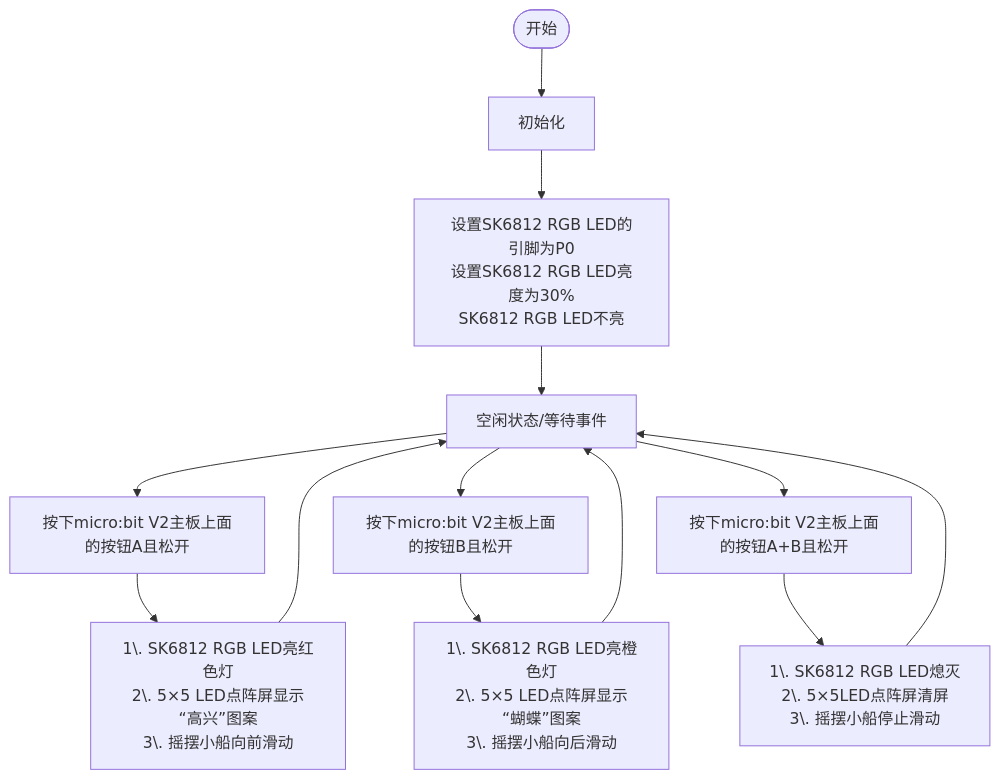
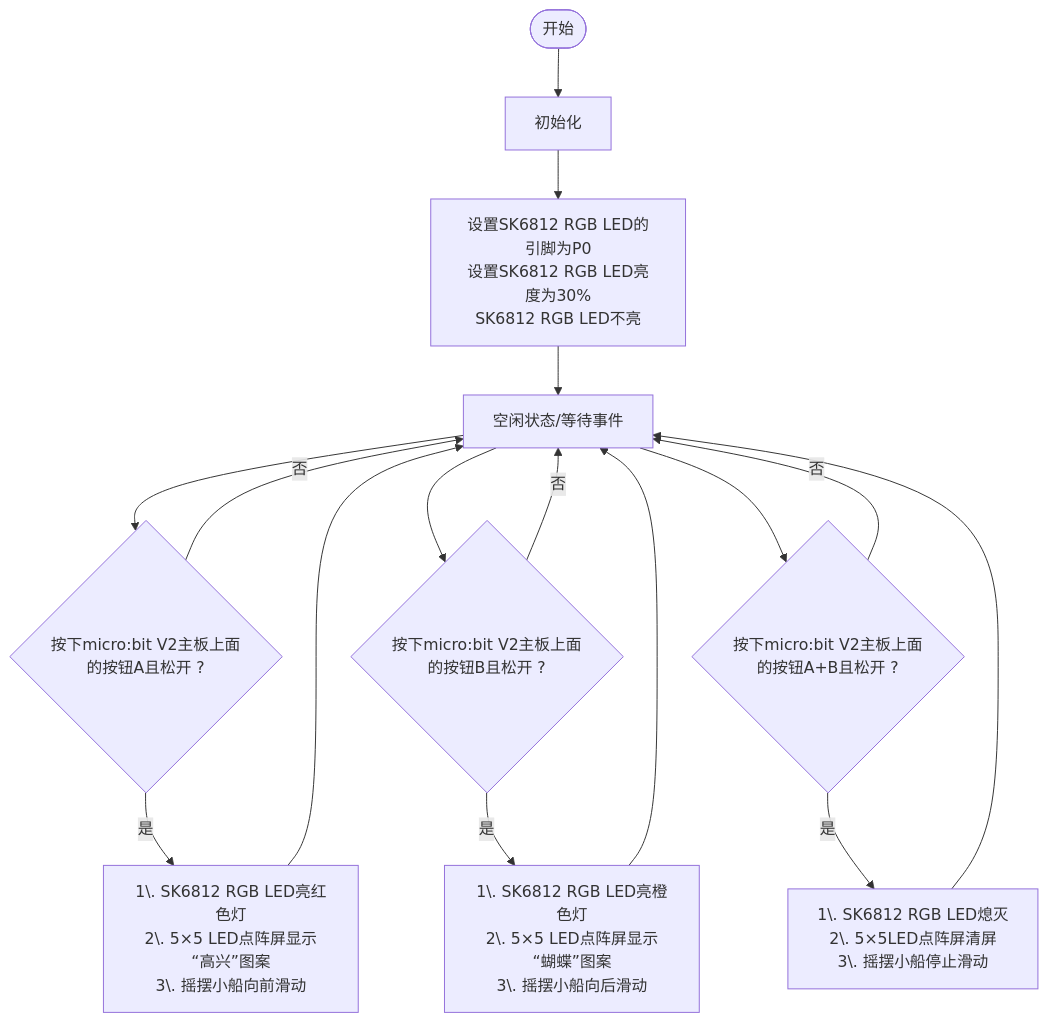
One commit to keyestudio/KS0604-Keyestudio-Microbit-8-1- changed the diagram in docs/MakeCode_教程/Projects/课程02.md. Above: the diagram before and after it, drawn with Mermaid. The commit also changed other lines of this file and 253 other files, not shown here.

````diff
--- a/docs/MakeCode_教程/Projects/课程02.md
+++ b/docs/MakeCode_教程/Projects/课程02.md
@@ -35,21 +92,18 @@
 ```mermaid
 flowchart TD
     Start([开始]) --> OnInit1[初始化]
-
-    OnInit1 --> OnInit2[设置SK6812 RGB LED的引脚为P0<br>设置SK6812 RGB LED亮度为30%<br>SK6812 RGB LED不亮]
-    
-    OnInit2 --> IdleState[空闲状态/等待事件]
-    
-    IdleState --> EventBtnA[按下micro:bit V2主板上面的按钮A且松开]
-    IdleState --> EventBtnB[按下micro:bit V2主板上面的按钮B且松开]
-    IdleState --> EventBtnAB[按下micro:bit V2主板上面的按钮A+B且松开]
-    
-    EventBtnA --> BtnAAction[1\. SK6812 RGB LED亮红色灯<br>2\. 5×5 LED点阵屏显示“高兴”图案<br>3\. 摇摆小船向前滑动]
+    OnInit1 --> OnInit2[设置SK6812 RGB LED的引脚为P0<br>设置SK6812 RGB LED亮度为30%<br>SK6812 RGB LED不亮]  
+    OnInit2 --> IdleState[空闲状态/等待事件]  
+    IdleState --> EventBtnA{按下micro:bit V2主板上面的按钮A且松开 ?}
+    IdleState --> EventBtnB{按下micro:bit V2主板上面的按钮B且松开 ?}
+    IdleState --> EventBtnAB{按下micro:bit V2主板上面的按钮A+B且松开 ?} 
+    EventBtnA -->|否| IdleState
+    EventBtnA -->|是| BtnAAction[1\. SK6812 RGB LED亮红色灯<br>2\. 5×5 LED点阵屏显示“高兴”图案<br>3\. 摇摆小船向前滑动]
     BtnAAction --> IdleState
-
-    EventBtnB --> BtnBAction[1\. SK6812 RGB LED亮橙色灯<br>2\. 5×5 LED点阵屏显示“蝴蝶”图案<br>3\. 摇摆小船向后滑动]
+    EventBtnB -->|否| IdleState
+    EventBtnB -->|是| BtnBAction[1\. SK6812 RGB LED亮橙色灯<br>2\. 5×5 LED点阵屏显示“蝴蝶”图案<br>3\. 摇摆小船向后滑动]
     BtnBAction --> IdleState
-    
-    EventBtnAB --> BtnABAction[1\. SK6812 RGB LED熄灭<br>2\. 5×5LED点阵屏清屏<br>3\. 摇摆小船停止滑动]
+    EventBtnAB -->|否| IdleState
+    EventBtnAB -->|是| BtnABAction[1\. SK6812 RGB LED熄灭<br>2\. 5×5LED点阵屏清屏<br>3\. 摇摆小船停止滑动]
     BtnABAction --> IdleState
 ```
````
